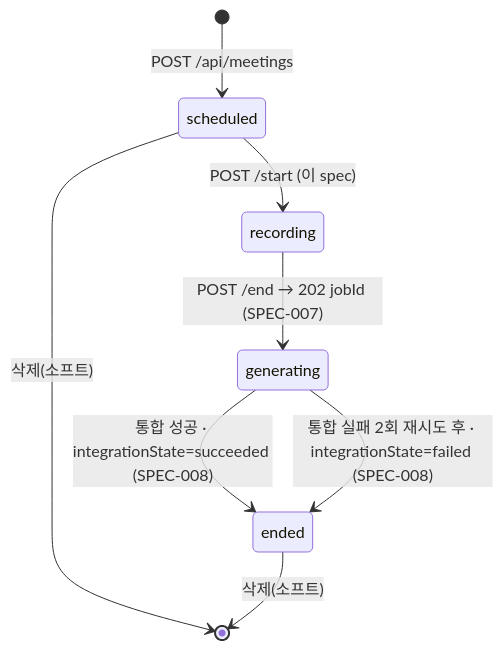
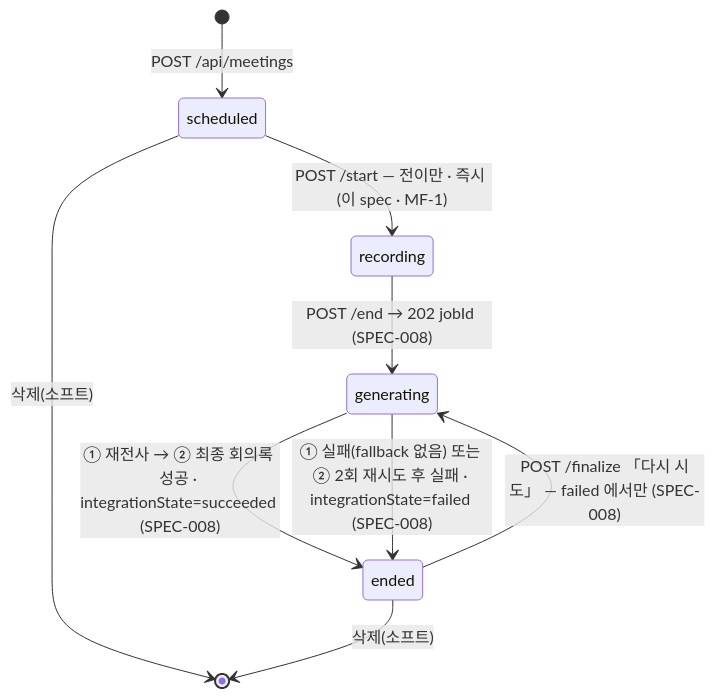
The second of 2 diagrams in para/projects/summer-star/task-management/20-spec/spec-006-meeting-setup.md (kknaks/kknaks_profile), drawn with Mermaid before and after one commit. The commit also changed other lines of this file and 21 other files, not shown here.

````diff
--- a/para/projects/summer-star/task-management/20-spec/spec-006-meeting-setup.md
+++ b/para/projects/summer-star/task-management/20-spec/spec-006-meeting-setup.md
@@ -597,10 +608,11 @@
 ```mermaid
 stateDiagram-v2
     [*] --> scheduled: POST /api/meetings
-    scheduled --> recording: POST /start (이 spec)
-    recording --> generating: POST /end → 202 jobId (SPEC-007)
-    generating --> ended: 통합 성공 · integrationState=succeeded (SPEC-008)
-    generating --> ended: 통합 실패 2회 재시도 후 · integrationState=failed (SPEC-008)
+    scheduled --> recording: POST /start — 전이만 · 즉시 (이 spec · MF-1)
+    recording --> generating: POST /end → 202 jobId (SPEC-008)
+    generating --> ended: ① 재전사 → ② 최종 회의록 성공 · integrationState=succeeded (SPEC-008)
+    generating --> ended: ① 실패(fallback 없음) 또는 ② 2회 재시도 후 실패 · integrationState=failed (SPEC-008)
+    ended --> generating: POST /finalize 「다시 시도」 — failed 에서만 (SPEC-008)
     scheduled --> [*]: 삭제(소프트)
     ended --> [*]: 삭제(소프트)
 ```
````
